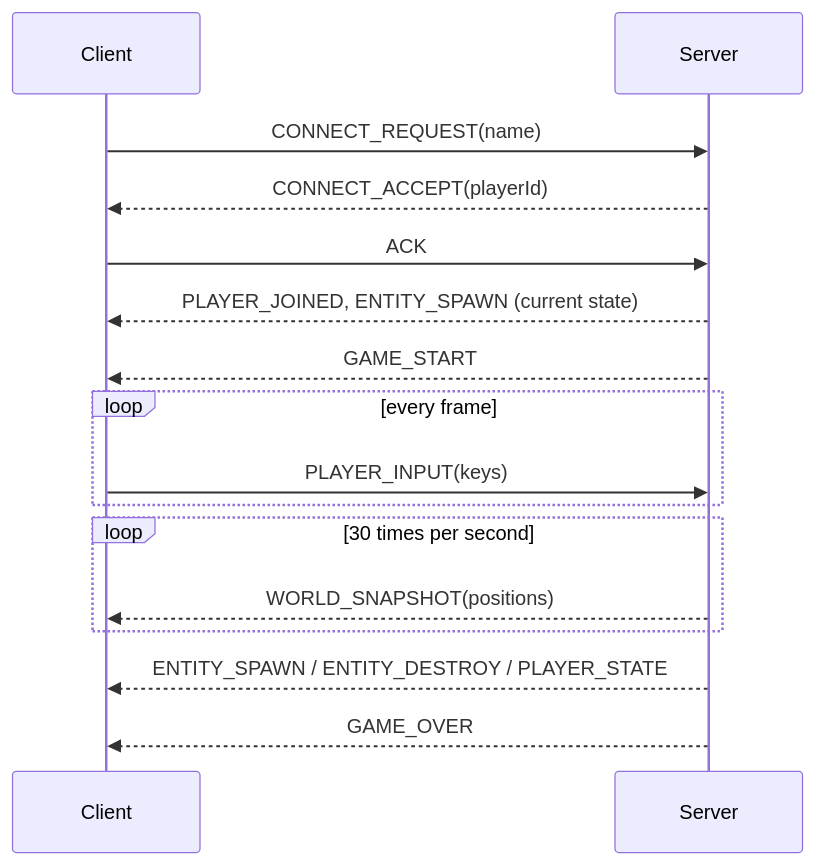
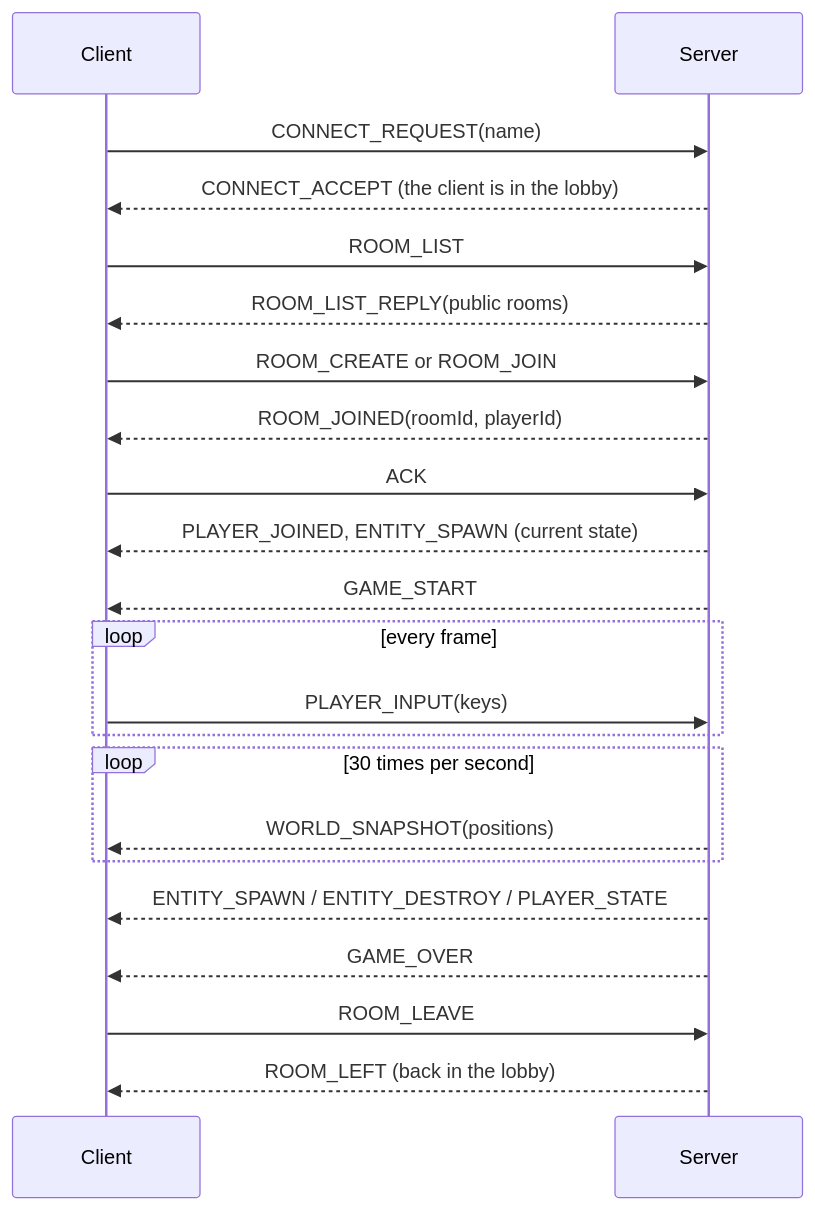
The first of 3 diagrams in docs/mkdocs/protocol/specification.md (Boz0o0/R-Type), drawn with Mermaid before and after one commit. The commit also changed other lines of this file and 6 other files, not shown here.

Commit message:
docs(multi): document the lobby, the rooms and protocol version 3

````diff
--- a/docs/mkdocs/protocol/specification.md
+++ b/docs/mkdocs/protocol/specification.md
@@ -19,18 +19,24 @@
 ```mermaid
 sequenceDiagram
     participant C as Client
     participant S as Server
     C->>S: CONNECT_REQUEST(name)
-    S-->>C: CONNECT_ACCEPT(playerId)
+    S-->>C: CONNECT_ACCEPT (the client is in the lobby)
+    C->>S: ROOM_LIST
+    S-->>C: ROOM_LIST_REPLY(public rooms)
+    C->>S: ROOM_CREATE or ROOM_JOIN
+    S-->>C: ROOM_JOINED(roomId, playerId)
     C->>S: ACK
     S-->>C: PLAYER_JOINED, ENTITY_SPAWN (current state)
     S-->>C: GAME_START
     loop every frame
         C->>S: PLAYER_INPUT(keys)
     end
     loop 30 times per second
         S-->>C: WORLD_SNAPSHOT(positions)
     end
     S-->>C: ENTITY_SPAWN / ENTITY_DESTROY / PLAYER_STATE
     S-->>C: GAME_OVER
+    C->>S: ROOM_LEAVE
+    S-->>C: ROOM_LEFT (back in the lobby)
 ```
````
